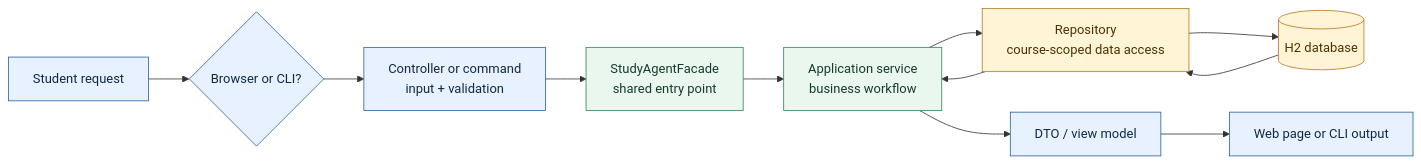
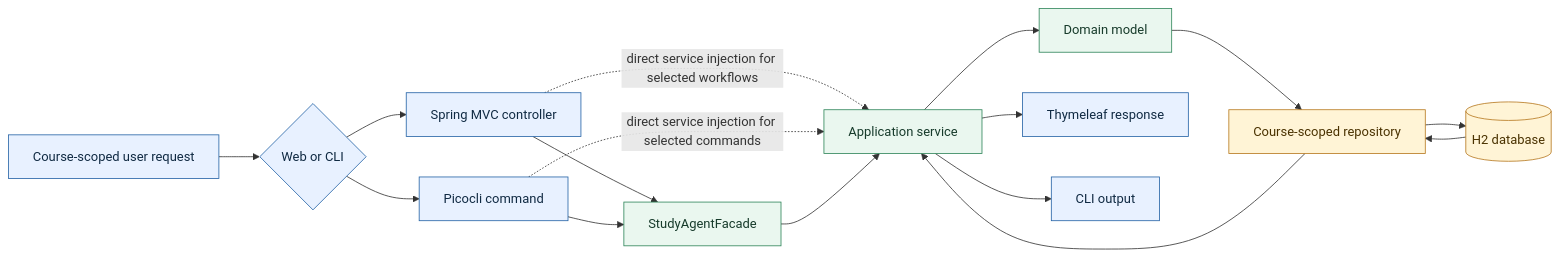
One commit to ZaaidAhmed/StudyForge changed the second of 4 diagrams in docs/architecture-diagram.md. Above: the diagram before and after it, drawn with Mermaid. The commit also changed other lines of this file and 6 other files, not shown here.

````diff
--- a/docs/architecture-diagram.md
+++ b/docs/architecture-diagram.md
@@ -58,26 +68,31 @@
 ```mermaid
 flowchart LR
-    Request[Student request]
-    Entry{Browser or CLI?}
-    Controller[Controller or command\ninput + validation]
-    Facade[StudyAgentFacade\nshared entry point]
-    Service[Application service\nbusiness workflow]
-    Repo[Repository\ncourse-scoped data access]
-    Db[(H2 database)]
-    Result[DTO / view model]
-    Screen[Web page or CLI output]
+    Request[Course-scoped user request]
+    Choice{Web or CLI}
+    Controller[Spring MVC controller]
+    Command[Picocli command]
+    Facade[StudyAgentFacade]
+    Service[Application service]
+    Model[Domain model]
+    Repository[Course-scoped repository]
+    Database[(H2 database)]
+    View[Thymeleaf response]
+    Output[CLI output]
 
-    Request --> Entry
-    Entry --> Controller
-    Controller --> Facade --> Service
-    Service --> Repo --> Db
-    Db --> Repo --> Service
-    Service --> Result --> Screen
+    Request --> Choice
+    Choice --> Controller --> Facade
+    Choice --> Command --> Facade
+    Controller -. "direct service injection for selected workflows" .-> Service
+    Command -. "direct service injection for selected commands" .-> Service
+    Facade --> Service --> Model --> Repository --> Database
+    Database --> Repository --> Service
+    Service --> View
+    Service --> Output
 
-    classDef input fill:#e8f1ff,stroke:#2563a6,color:#102a43
+    classDef user fill:#e8f1ff,stroke:#2563a6,color:#102a43
     classDef logic fill:#eaf7ef,stroke:#2f855a,color:#173b2b
     classDef data fill:#fff4d6,stroke:#b7791f,color:#4a3200
-    class Request,Entry,Controller,Result,Screen input
-    class Facade,Service logic
-    class Repo,Db data
+    class Request,Choice,Controller,Command,View,Output user
+    class Facade,Service,Model logic
+    class Repository,Database data
 ```
````
